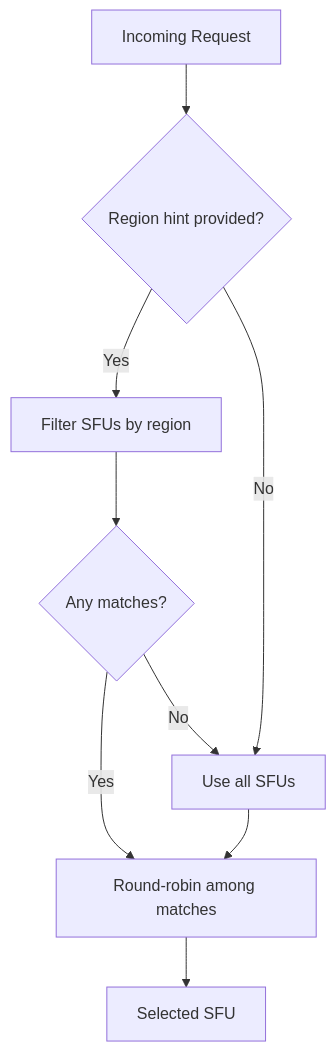
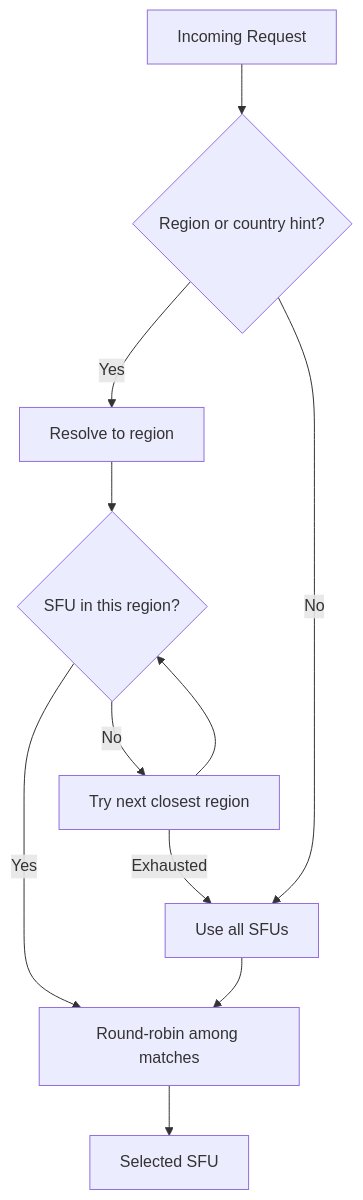
The diagram in doc/load_balancing.md (ThanhDodeurOdoo/sfu-gateway), drawn with Mermaid before and after one commit. The commit also changed other lines of this file and 3 other files, not shown here.

````diff
--- a/doc/load_balancing.md
+++ b/doc/load_balancing.md
@@ -23,11 +22,13 @@
 ```mermaid
 flowchart TD
-    A[Incoming Request] --> B{Region hint provided?}
-    B -->|Yes| C[Filter SFUs by region]
+    A[Incoming Request] --> B{Region or country hint?}
+    B -->|Yes| C[Resolve to region]
     B -->|No| D[Use all SFUs]
-    C --> E{Any matches?}
+    C --> E{SFU in this region?}
     E -->|Yes| F[Round-robin among matches]
-    E -->|No| D
+    E -->|No| G[Try next closest region]
+    G --> E
+    G -->|Exhausted| D
     D --> F
-    F --> G[Selected SFU]
+    F --> H[Selected SFU]
 ```
````
